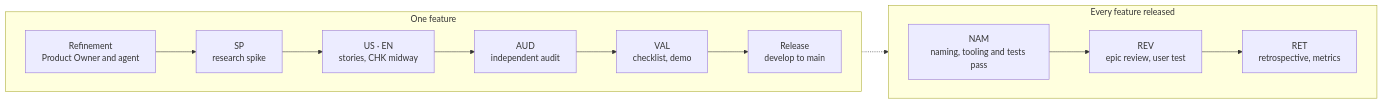
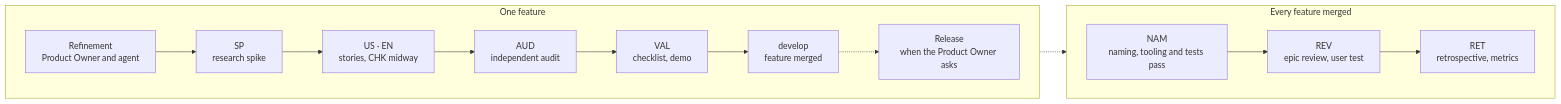
One commit to AlexandreGallais/synoptic-studio changed the diagram in docs/process/agile.md. Above: the diagram before and after it, drawn with Mermaid. The commit also changed 25 other files, not shown here.

````diff
--- a/docs/process/agile.md
+++ b/docs/process/agile.md
@@ -5,16 +5,17 @@
 ```mermaid
 flowchart LR
   subgraph feature [One feature]
     direction LR
     R[Refinement<br/>Product Owner and agent] --> SP[SP<br/>research spike]
     SP --> ST[US · EN<br/>stories, CHK midway]
     ST --> AUD[AUD<br/>independent audit]
     AUD --> VAL[VAL<br/>checklist, demo]
-    VAL --> REL[Release<br/>develop to main]
+    VAL --> DEV[develop<br/>feature merged]
+    DEV -.-> REL[Release<br/>when the Product Owner asks]
   end
-  subgraph epic [Every feature released]
+  subgraph epic [Every feature merged]
     direction LR
     NAM[NAM<br/>naming, tooling and tests pass] --> REV[REV<br/>epic review, user test] --> RET[RET<br/>retrospective, metrics]
   end
-  REL -.-> NAM
+  DEV -.-> NAM
 ```
````
